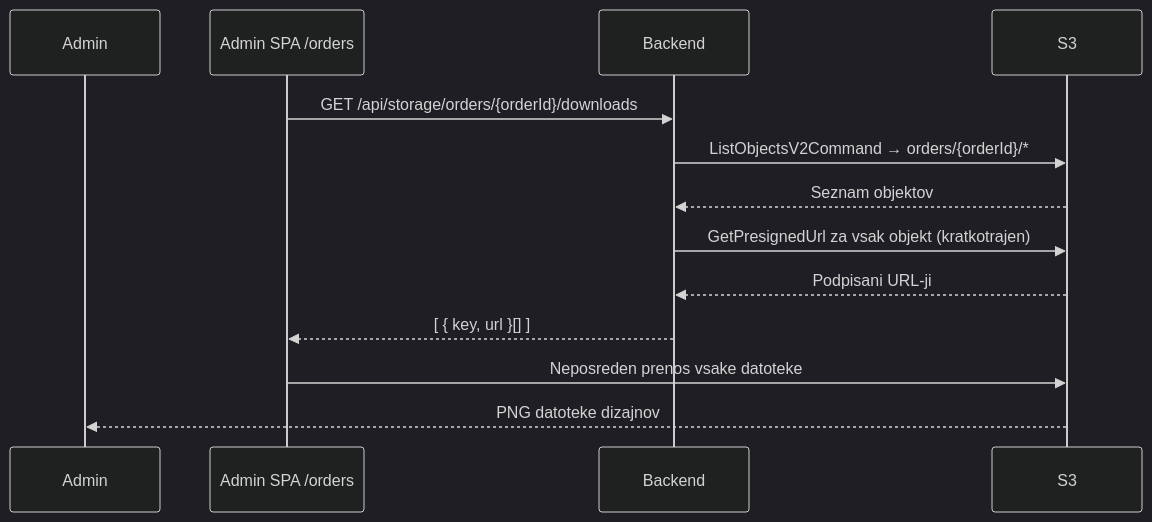
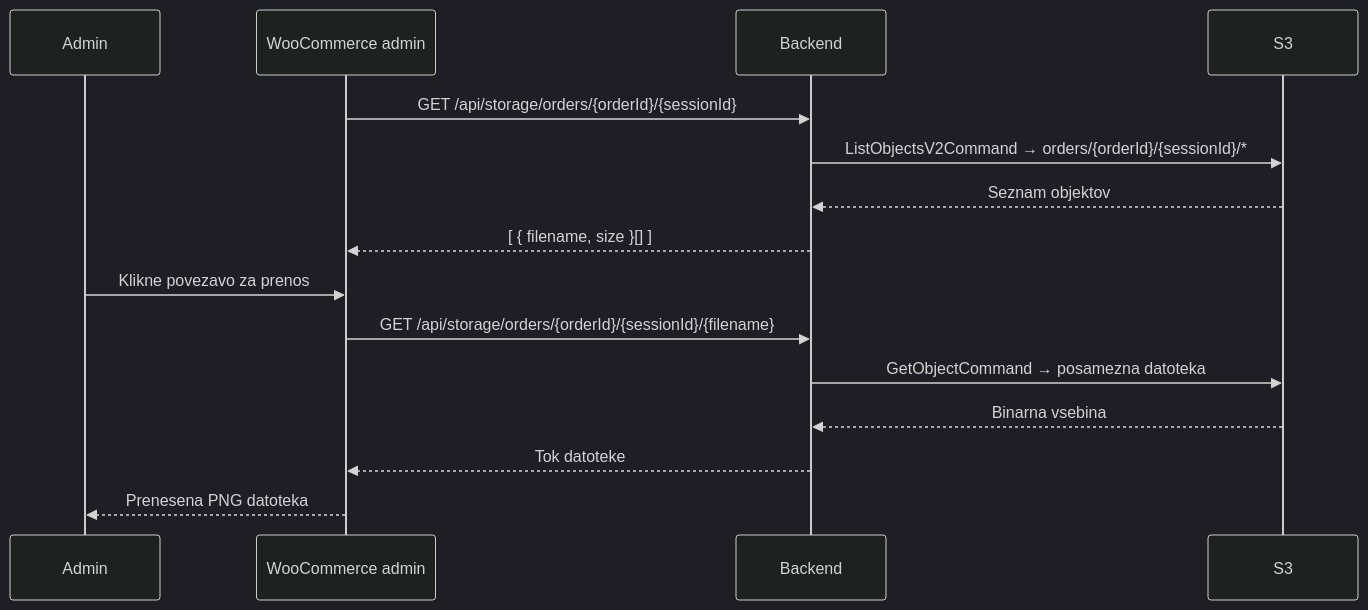
Diagram 20 of 20 in README.md (neoxk/printforge), drawn with Mermaid (dark theme) before and after one commit. The commit also changed other lines of this file and 6 other files, not shown here.

````diff
--- a/README.md
+++ b/README.md
@@ -1289,16 +1399,18 @@
 ```mermaid
 sequenceDiagram
     participant Admin
-    participant AdminSPA as Admin SPA /orders
+    participant WooAdmin as WooCommerce admin
     participant Backend
     participant S3
 
-    AdminSPA->>Backend: GET /api/storage/orders/{orderId}/downloads
-    Backend->>S3: ListObjectsV2Command → orders/{orderId}/*
+    WooAdmin->>Backend: GET /api/storage/orders/{orderId}/{sessionId}
+    Backend->>S3: ListObjectsV2Command → orders/{orderId}/{sessionId}/*
     S3-->>Backend: Seznam objektov
-    Backend->>S3: GetPresignedUrl za vsak objekt (kratkotrajen)
-    S3-->>Backend: Podpisani URL-ji
-    Backend-->>AdminSPA: [ { key, url }[] ]
-    AdminSPA->>S3: Neposreden prenos vsake datoteke
-    S3-->>Admin: PNG datoteke dizajnov
+    Backend-->>WooAdmin: [ { filename, size }[] ]
+    Admin->>WooAdmin: Klikne povezavo za prenos
+    WooAdmin->>Backend: GET /api/storage/orders/{orderId}/{sessionId}/{filename}
+    Backend->>S3: GetObjectCommand → posamezna datoteka
+    S3-->>Backend: Binarna vsebina
+    Backend-->>WooAdmin: Tok datoteke
+    WooAdmin-->>Admin: Prenesena PNG datoteka
 ```
````
